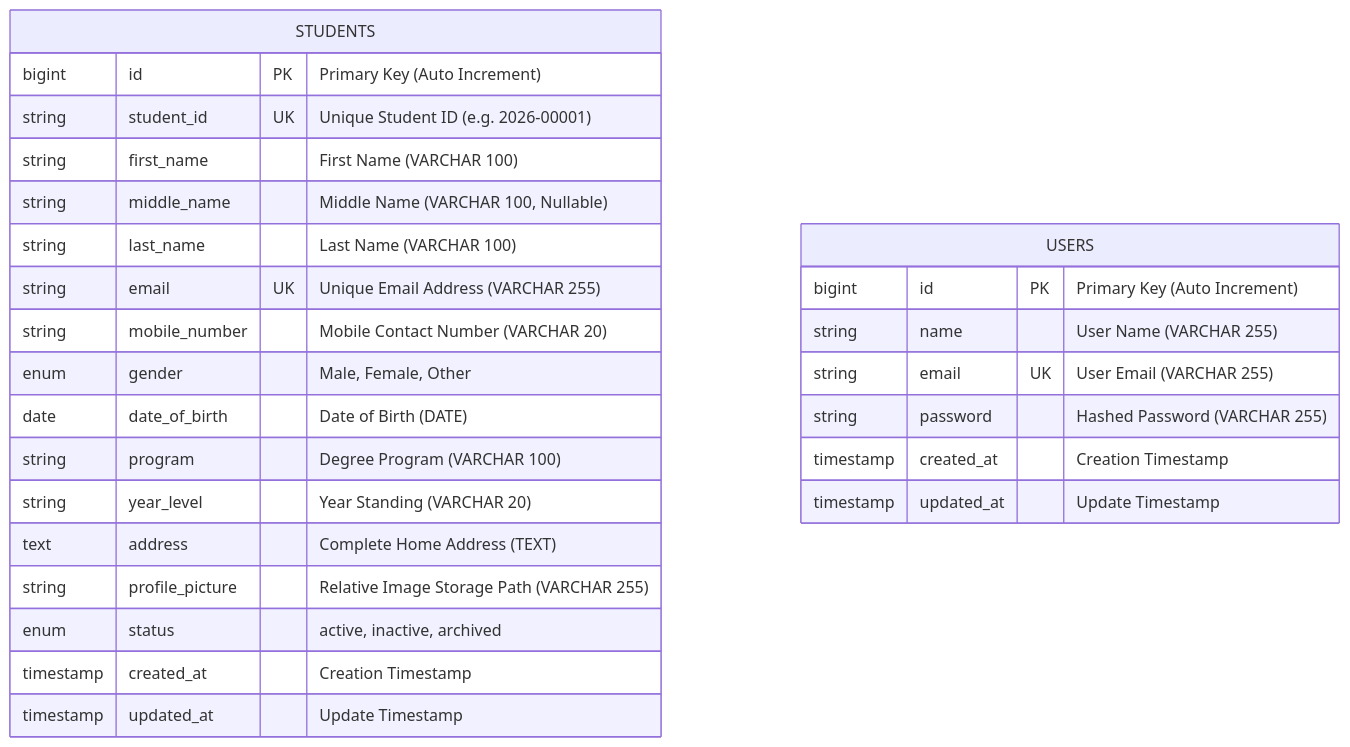
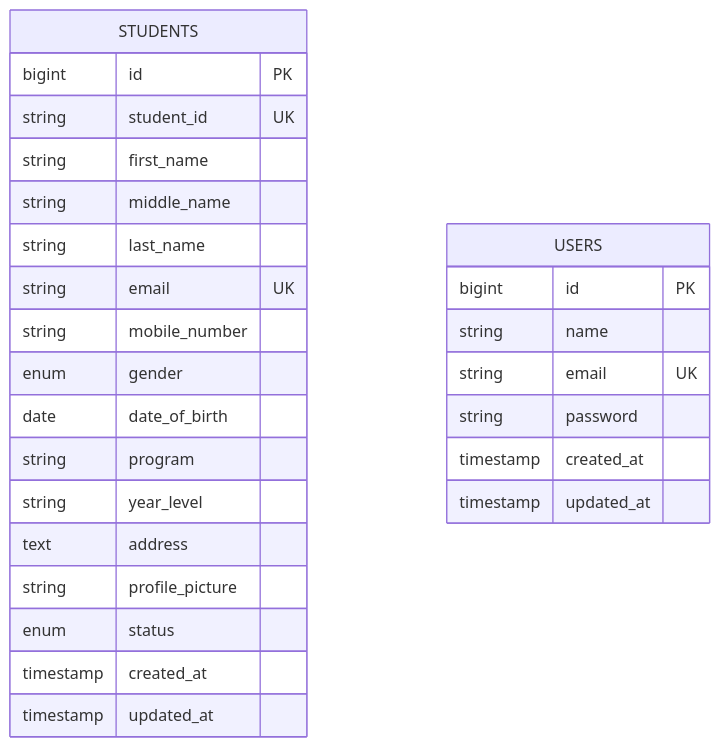
One commit to ejrdeleon/week04-student-registration changed the first of 2 diagrams in README.md. Above: the diagram before and after it, drawn with Mermaid. The commit also changed other lines of this file, not shown here.

````diff
--- a/README.md
+++ b/README.md
@@ -112,30 +156,30 @@
 ```mermaid
 erDiagram
     STUDENTS {
-        bigint id PK "Primary Key (Auto Increment)"
-        string student_id UK "Unique Student ID (e.g. 2026-00001)"
-        string first_name "First Name (VARCHAR 100)"
-        string middle_name "Middle Name (VARCHAR 100, Nullable)"
-        string last_name "Last Name (VARCHAR 100)"
-        string email UK "Unique Email Address (VARCHAR 255)"
-        string mobile_number "Mobile Contact Number (VARCHAR 20)"
-        enum gender "Male, Female, Other"
-        date date_of_birth "Date of Birth (DATE)"
-        string program "Degree Program (VARCHAR 100)"
-        string year_level "Year Standing (VARCHAR 20)"
-        text address "Complete Home Address (TEXT)"
-        string profile_picture "Relative Image Storage Path (VARCHAR 255)"
-        enum status "active, inactive, archived"
-        timestamp created_at "Creation Timestamp"
-        timestamp updated_at "Update Timestamp"
+        bigint id PK
+        string student_id UK
+        string first_name
+        string middle_name
+        string last_name
+        string email UK
+        string mobile_number
+        enum gender
+        date date_of_birth
+        string program
+        string year_level
+        text address
+        string profile_picture
+        enum status
+        timestamp created_at
+        timestamp updated_at
     }
 
     USERS {
-        bigint id PK "Primary Key (Auto Increment)"
-        string name "User Name (VARCHAR 255)"
-        string email UK "User Email (VARCHAR 255)"
-        string password "Hashed Password (VARCHAR 255)"
-        timestamp created_at "Creation Timestamp"
-        timestamp updated_at "Update Timestamp"
+        bigint id PK
+        string name
+        string email UK
+        string password
+        timestamp created_at
+        timestamp updated_at
     }
 ```
````
